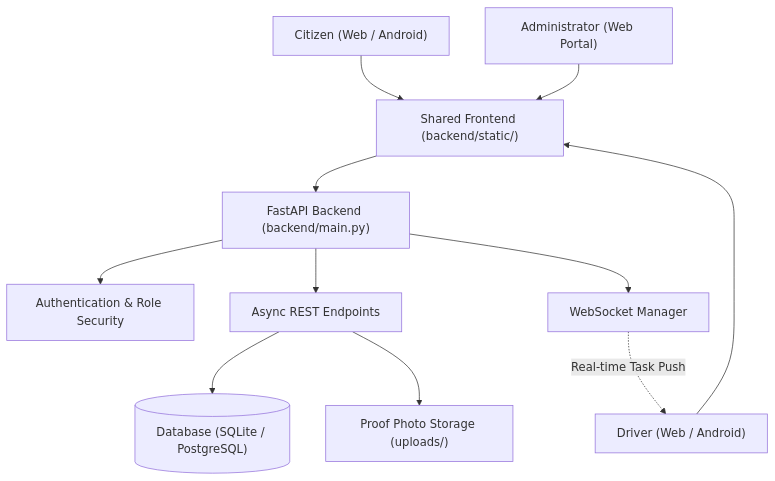
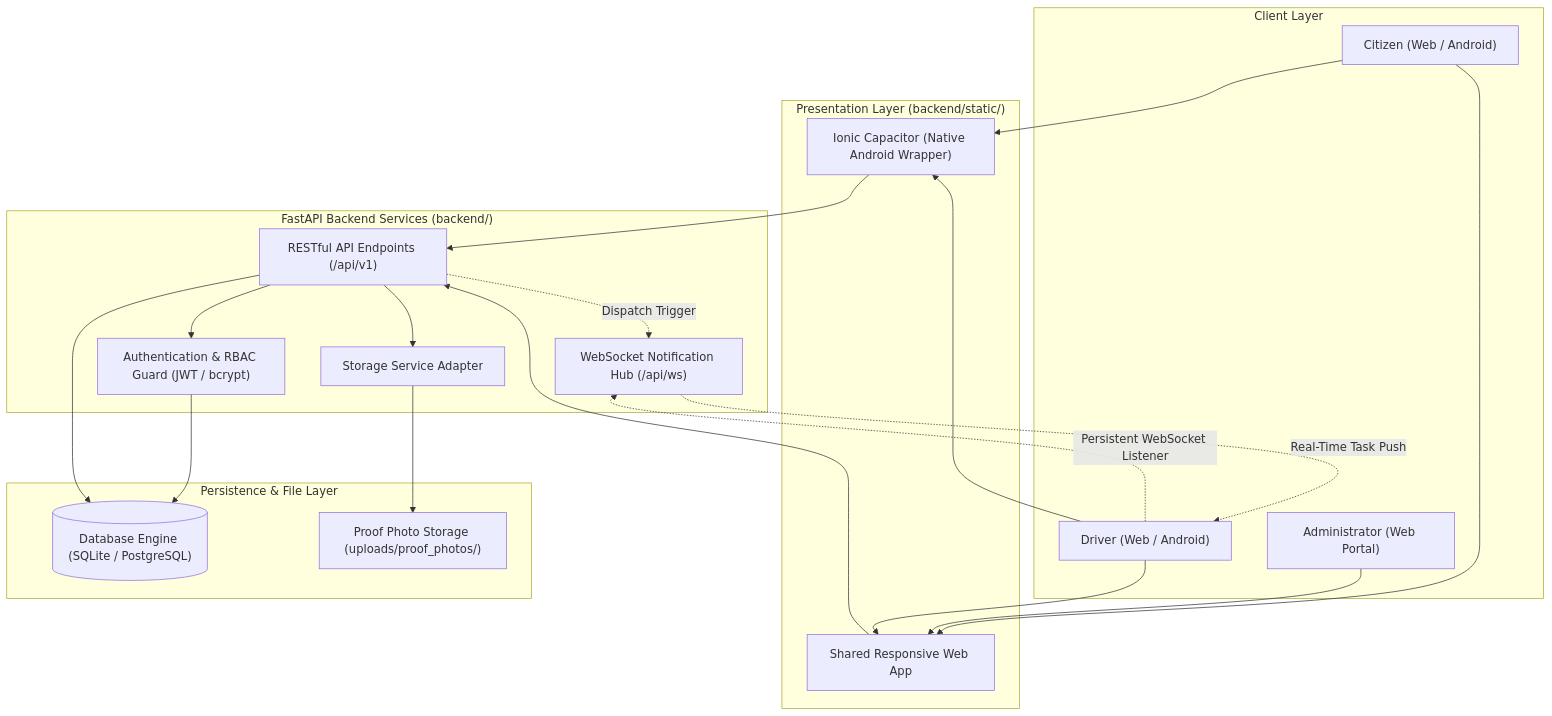
Before and after one commit to PRAHULREDD/SCOS-App: the diagram in README.md, drawn with Mermaid. The commit also changed other lines of this file, not shown here.

Commit message:
docs: publish recruiter-grade README with v3.0 presentation

````diff
--- a/README.md
+++ b/README.md
@@ -110,27 +71,43 @@
 ```mermaid
 flowchart TD
-    A["Citizen (Web / Android)"]
-    B["Administrator (Web Portal)"]
-    C["Driver (Web / Android)"]
+    subgraph Clients["Client Layer"]
+        C["Citizen (Web / Android)"]
+        A["Administrator (Web Portal)"]
+        D["Driver (Web / Android)"]
+    end
 
-    D["Shared Frontend (backend/static/)"]
-    E["FastAPI Backend (backend/main.py)"]
-    F["Authentication & Role Security"]
-    G["Async REST Endpoints"]
-    H["WebSocket Manager"]
-    I[("Database (SQLite / PostgreSQL)")]
-    J["Proof Photo Storage (uploads/)"]
+    subgraph Presentation["Presentation Layer (backend/static/)"]
+        SW["Shared Responsive Web App"]
+        CAP["Ionic Capacitor (Native Android Wrapper)"]
+    end
 
-    A --> D
-    B --> D
-    C --> D
+    subgraph Backend["FastAPI Backend Services (backend/)"]
+        AUTH["Authentication & RBAC Guard (JWT / bcrypt)"]
+        ROUTER["RESTful API Endpoints (/api/v1)"]
+        WS["WebSocket Notification Hub (/api/ws)"]
+        STORAGE["Storage Service Adapter"]
+    end
 
-    D --> E
-    E --> F
-    E --> G
-    E --> H
+    subgraph Data["Persistence & File Layer"]
+        DB[("Database Engine (SQLite / PostgreSQL)")]
+        PHOTOS["Proof Photo Storage (uploads/proof_photos/)"]
+    end
 
-    G --> I
-    G --> J
-    H -.->|Real-time Task Push| C
+    C --> CAP
+    C --> SW
+    A --> SW
+    D --> CAP
+    D --> SW
+
+    CAP --> ROUTER
+    SW --> ROUTER
+    D -.->|Persistent WebSocket Listener| WS
+
+    ROUTER --> AUTH
+    AUTH --> DB
+    ROUTER --> DB
+    ROUTER --> STORAGE
+    STORAGE --> PHOTOS
+    ROUTER -.->|Dispatch Trigger| WS
+    WS -.->|Real-Time Task Push| D
 ```
````
